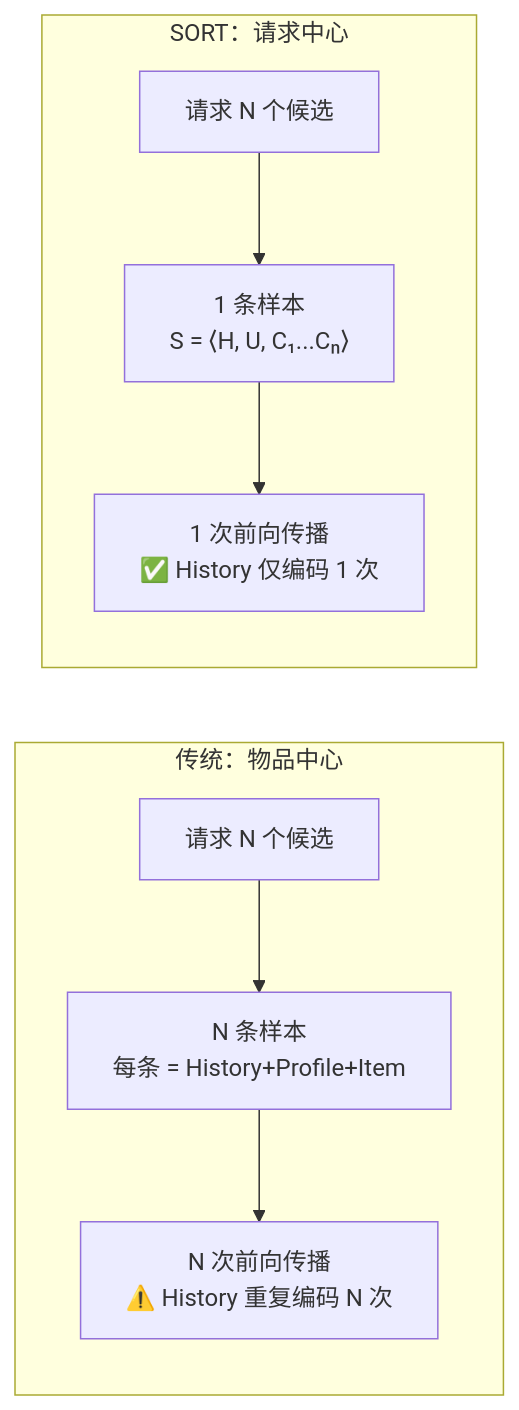
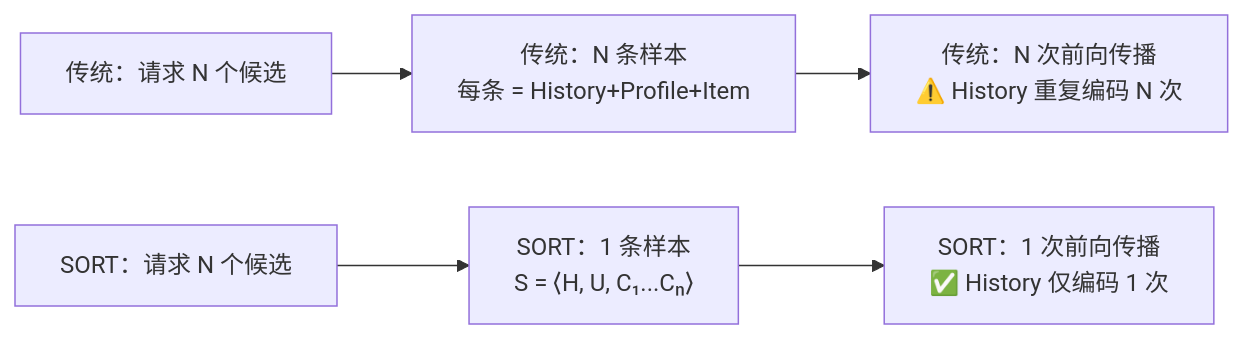
One commit to bansheng/bansheng.github.io changed the third of 5 diagrams in content/blog/posts/011_sort_paper_review/index.md. Above: the diagram before and after it, drawn with Mermaid. The commit also changed other lines of this file and 160 other files, not shown here.

```diff
--- a/content/blog/posts/011_sort_paper_review/index.md
+++ b/content/blog/posts/011_sort_paper_review/index.md
@@ -139,14 +126,8 @@
 {{< mermaid >}}
 graph LR
-    subgraph Traditional ["传统：物品中心"]
-        direction TB
-        R1["请求 N 个候选"] --> S["N 条样本<br/>每条 = History+Profile+Item"]
-        S --> F["N 次前向传播<br/>⚠️ History 重复编码 N 次"]
-    end
+    R1["传统：请求 N 个候选"] --> S["传统：N 条样本<br/>每条 = History+Profile+Item"]
+    S --> F["传统：N 次前向传播<br/>⚠️ History 重复编码 N 次"]
     
-    subgraph SORT_Method ["SORT：请求中心"]
-        direction TB
-        R2["请求 N 个候选"] --> US["1 条样本<br/>S = ⟨H, U, C₁...Cₙ⟩"]
-        US --> FF["1 次前向传播<br/>✅ History 仅编码 1 次"]
-    end
+    R2["SORT：请求 N 个候选"] --> US["SORT：1 条样本<br/>S = ⟨H, U, C₁...Cₙ⟩"]
+    US --> FF["SORT：1 次前向传播<br/>✅ History 仅编码 1 次"]
 {{< /mermaid >}}
```
